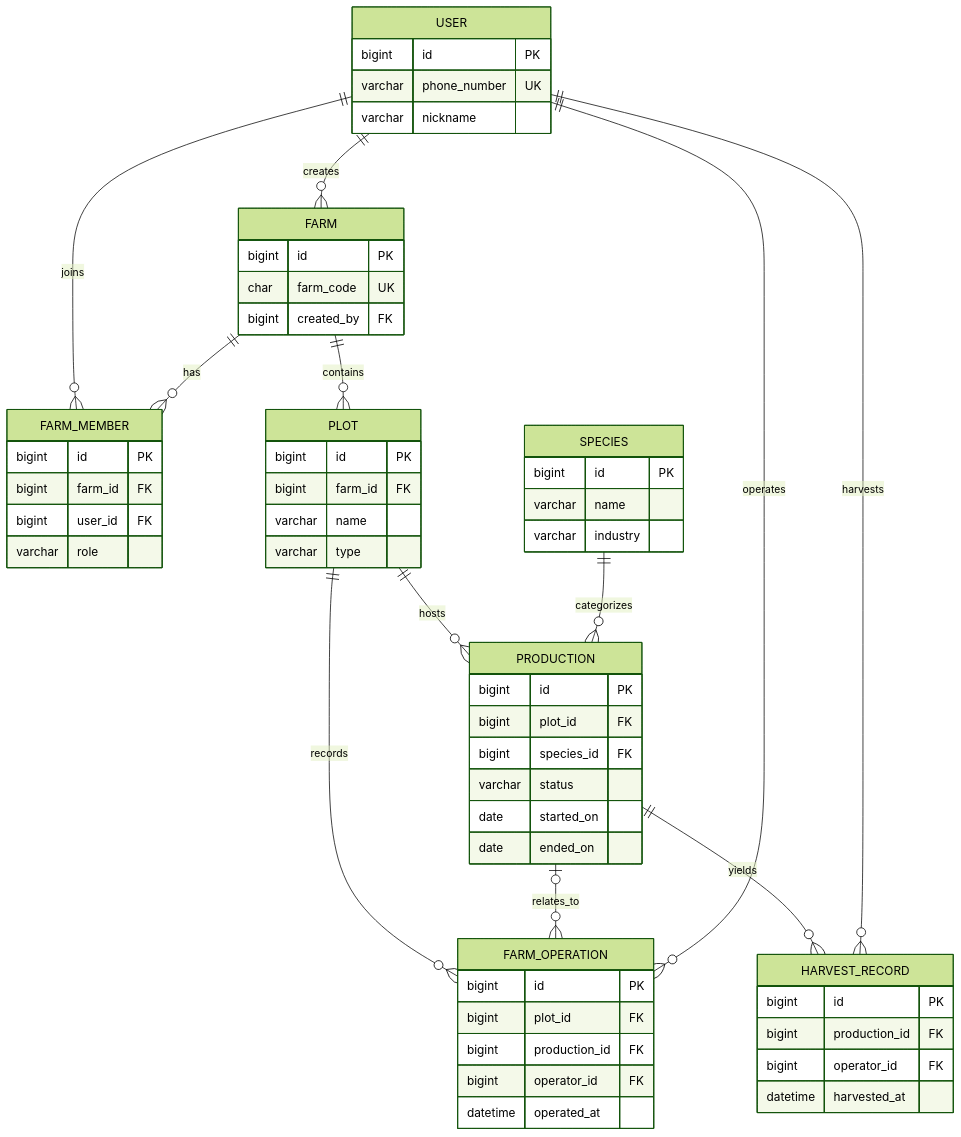
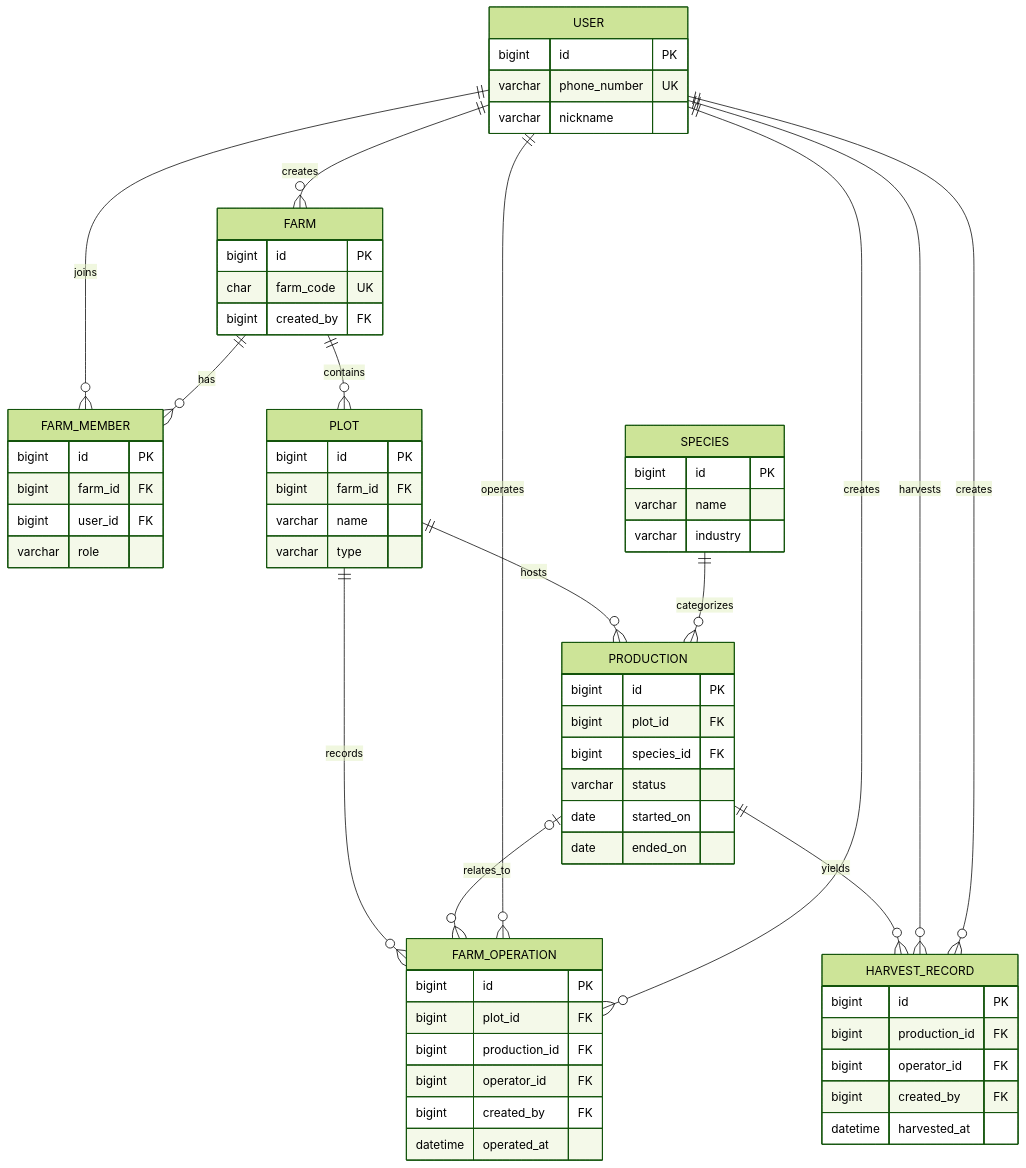
The diagram in docs/mvp/02-domain-model.md (wungjyan/pocket-farm), drawn with Mermaid (forest theme) before and after one commit. The commit also changed other lines of this file and 6 other files, not shown here.

Commit message:
docs: update MVP progress and miniapp architecture

````diff
--- a/docs/mvp/02-domain-model.md
+++ b/docs/mvp/02-domain-model.md
@@ -7,63 +7,67 @@
 ```mermaid
 erDiagram
     USER ||--o{ FARM : creates
     USER ||--o{ FARM_MEMBER : joins
     FARM ||--o{ FARM_MEMBER : has
     FARM ||--o{ PLOT : contains
     PLOT ||--o{ PRODUCTION : hosts
     SPECIES ||--o{ PRODUCTION : categorizes
     PLOT ||--o{ FARM_OPERATION : records
     PRODUCTION o|--o{ FARM_OPERATION : relates_to
     PRODUCTION ||--o{ HARVEST_RECORD : yields
     USER ||--o{ FARM_OPERATION : operates
+    USER ||--o{ FARM_OPERATION : creates
     USER ||--o{ HARVEST_RECORD : harvests
+    USER ||--o{ HARVEST_RECORD : creates
 
     USER {
         bigint id PK
         varchar phone_number UK
         varchar nickname
     }
     FARM {
         bigint id PK
         char farm_code UK
         bigint created_by FK
     }
     FARM_MEMBER {
         bigint id PK
         bigint farm_id FK
         bigint user_id FK
         varchar role
     }
     PLOT {
         bigint id PK
         bigint farm_id FK
         varchar name
         varchar type
     }
     SPECIES {
         bigint id PK
         varchar name
         varchar industry
     }
     PRODUCTION {
         bigint id PK
         bigint plot_id FK
         bigint species_id FK
         varchar status
         date started_on
         date ended_on
     }
     FARM_OPERATION {
         bigint id PK
         bigint plot_id FK
         bigint production_id FK
         bigint operator_id FK
+        bigint created_by FK
         datetime operated_at
     }
     HARVEST_RECORD {
         bigint id PK
         bigint production_id FK
         bigint operator_id FK
+        bigint created_by FK
         datetime harvested_at
     }
 ```
````
